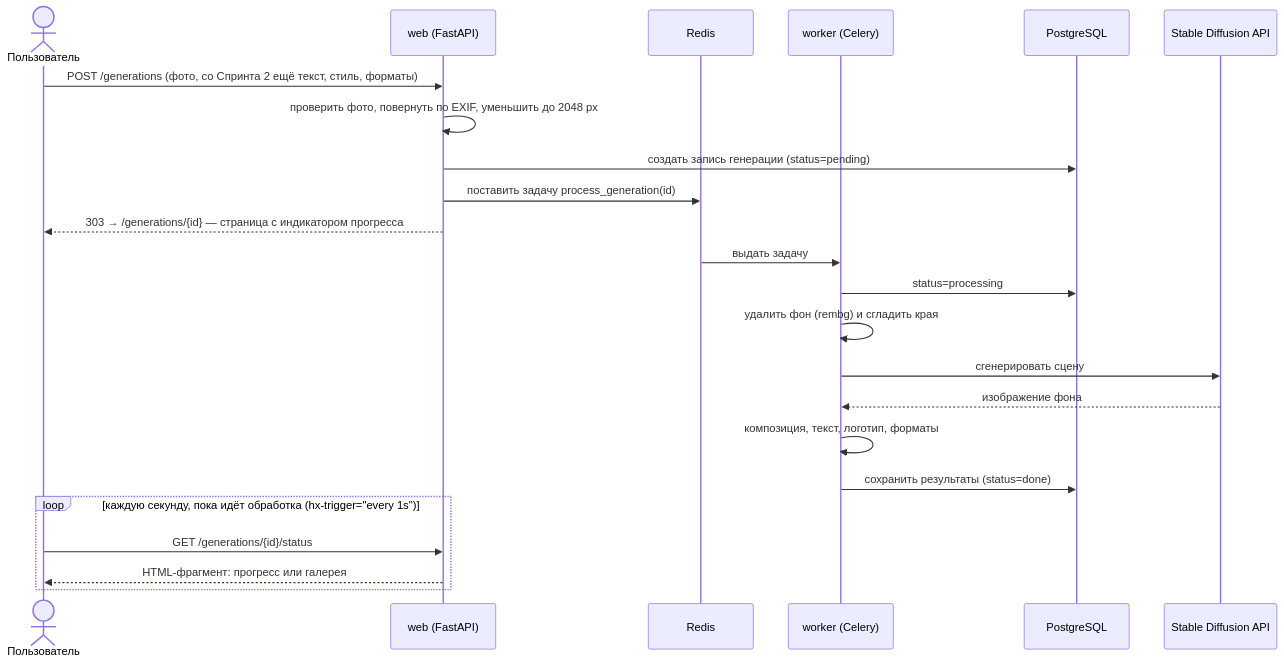
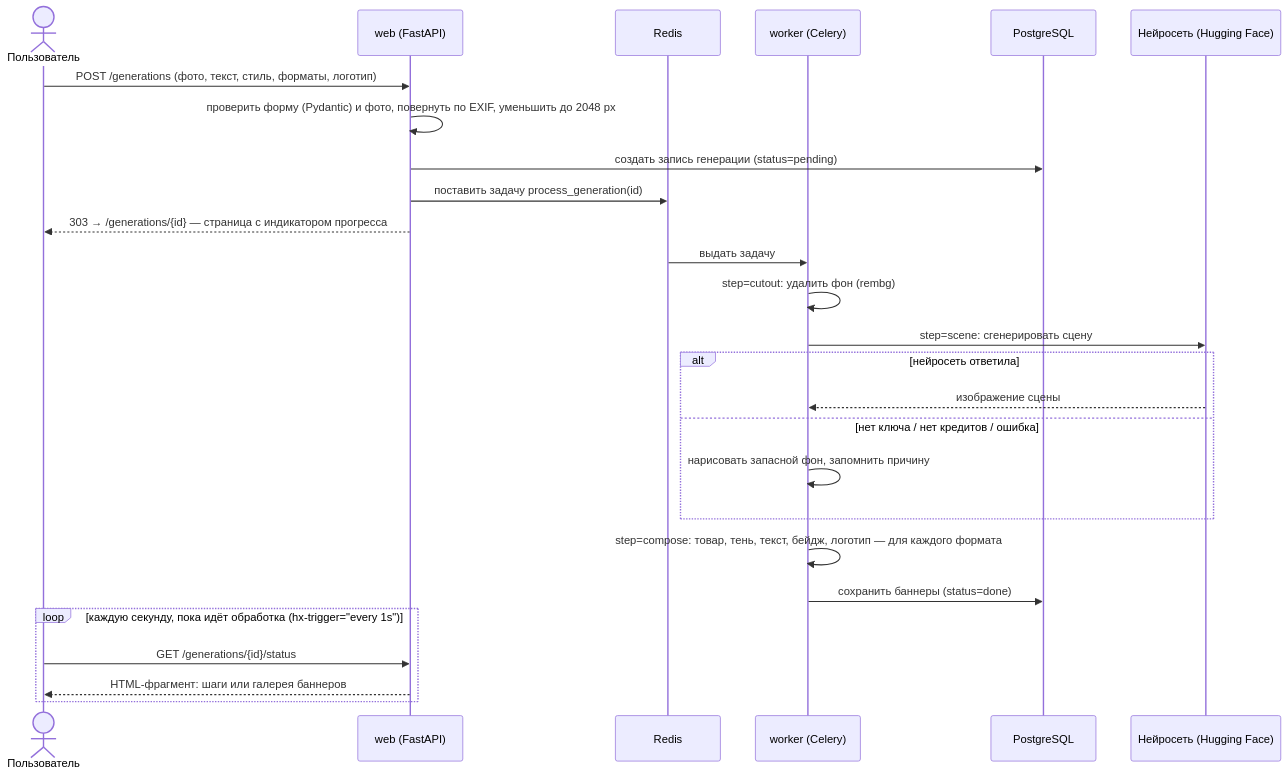
One commit to Aqudai/ADGen_AI1 changed the third of 4 diagrams in docs/ARCHITECTURE.md. Above: the diagram before and after it, drawn with Mermaid. The commit also changed other lines of this file and 29 other files, not shown here.

````diff
--- a/docs/ARCHITECTURE.md
+++ b/docs/ARCHITECTURE.md
@@ -82,26 +86,29 @@
 ```mermaid
 sequenceDiagram
     actor U as Пользователь
     participant W as web (FastAPI)
     participant R as Redis
     participant C as worker (Celery)
     participant DB as PostgreSQL
-    participant SD as Stable Diffusion API
+    participant AI as Нейросеть (Hugging Face)
 
-    U->>W: POST /generations (фото, со Спринта 2 ещё текст, стиль, форматы)
-    W->>W: проверить фото, повернуть по EXIF, уменьшить до 2048 px
+    U->>W: POST /generations (фото, текст, стиль, форматы, логотип)
+    W->>W: проверить форму (Pydantic) и фото, повернуть по EXIF, уменьшить до 2048 px
     W->>DB: создать запись генерации (status=pending)
     W->>R: поставить задачу process_generation(id)
     W-->>U: 303 → /generations/{id} — страница с индикатором прогресса
     R->>C: выдать задачу
-    C->>DB: status=processing
-    C->>C: удалить фон (rembg) и сгладить края
-    C->>SD: сгенерировать сцену
-    SD-->>C: изображение фона
-    C->>C: композиция, текст, логотип, форматы
-    C->>DB: сохранить результаты (status=done)
+    C->>C: step=cutout: удалить фон (rembg)
+    C->>AI: step=scene: сгенерировать сцену
+    alt нейросеть ответила
+        AI-->>C: изображение сцены
+    else нет ключа / нет кредитов / ошибка
+        C->>C: нарисовать запасной фон, запомнить причину
+    end
+    C->>C: step=compose: товар, тень, текст, бейдж, логотип — для каждого формата
+    C->>DB: сохранить баннеры (status=done)
     loop каждую секунду, пока идёт обработка (hx-trigger="every 1s")
         U->>W: GET /generations/{id}/status
-        W-->>U: HTML-фрагмент: прогресс или галерея
+        W-->>U: HTML-фрагмент: шаги или галерея баннеров
     end
 ```
````
